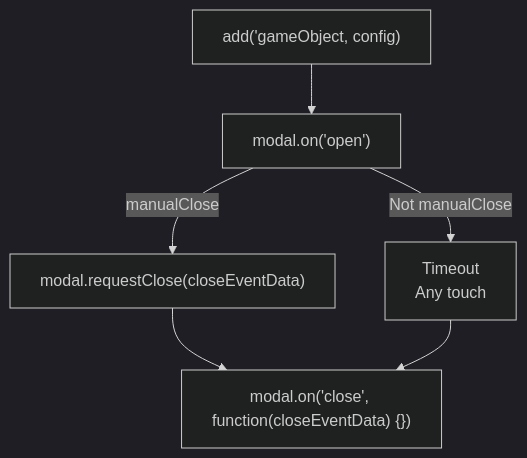
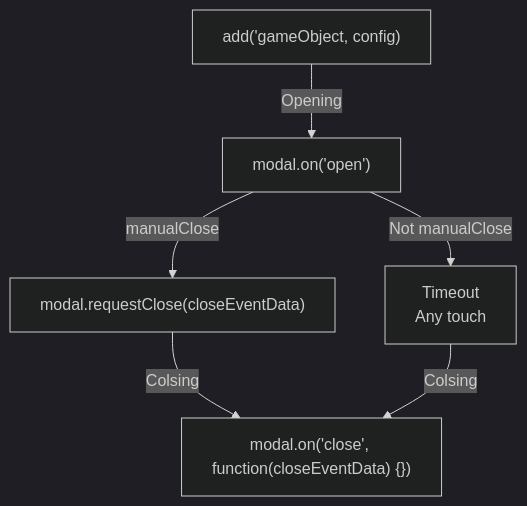
Before and after one commit to rexrainbow/phaser3-rex-notes: the diagram in docs/docs/modal.md, drawn with Mermaid (dark theme). The commit also changed 5 other files, not shown here.

Commit message:
Update graph

````diff
--- a/docs/docs/modal.md
+++ b/docs/docs/modal.md
@@ -117,15 +117,15 @@
 ```mermaid
 graph TB
 
 Modal["add('gameObject, config)"]
 OnOpen["modal.on('open')"]
 RequestCloseEvent["modal.requestClose(closeEventData)"]
 TimeOut["Timeout<br>Any touch"]
 OnClose["modal.on('close', function(closeEventData) {})"]
 
-Modal --> OnOpen
+Modal --> |Opening| OnOpen
 OnOpen --> |manualClose| RequestCloseEvent
 OnOpen --> |Not manualClose| TimeOut
-RequestCloseEvent --> OnClose
-TimeOut --> OnClose
+RequestCloseEvent --> |Colsing| OnClose
+TimeOut --> |Colsing| OnClose
 ```
````
